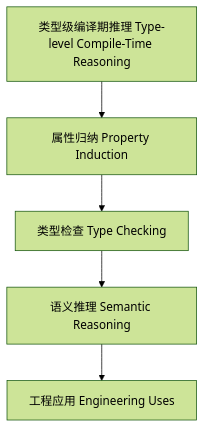
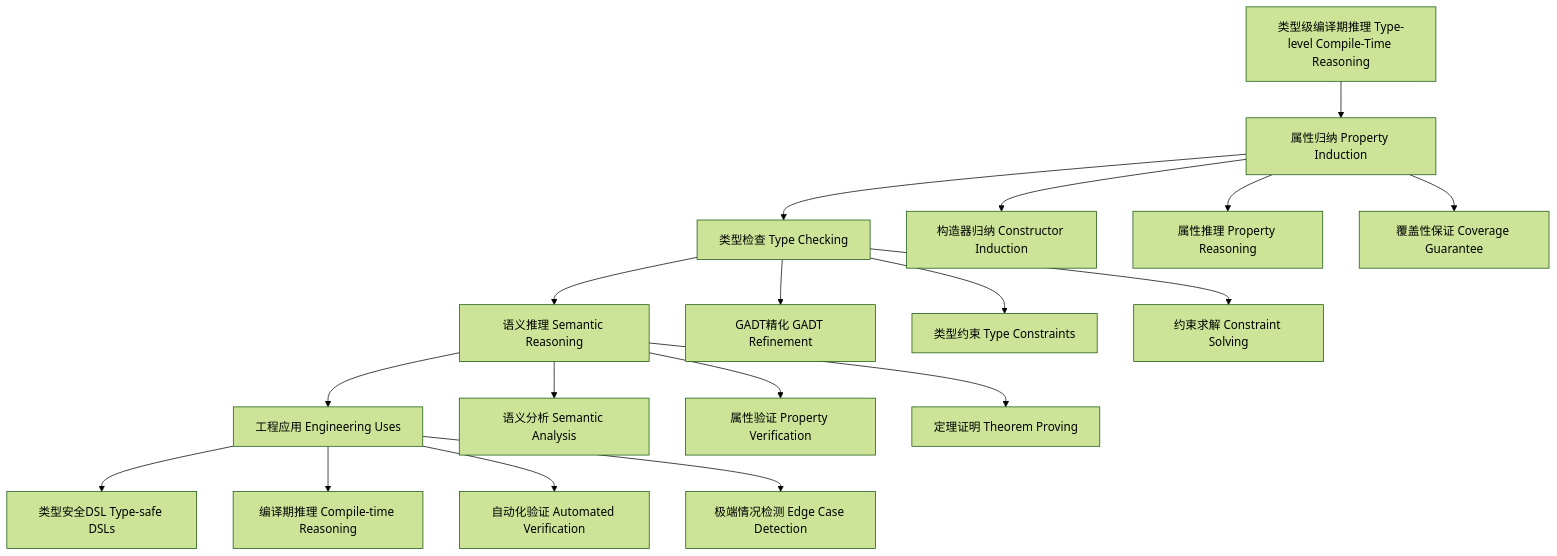
The diagram in docs/analysis/Type-Level/01-Compile-Time-Reasoning.md (AdaMartin18010/haskell), drawn with Mermaid (forest theme) before and after one commit. The commit also changed other lines of this file and 12 other files, not shown here.

````diff
--- a/docs/analysis/Type-Level/01-Compile-Time-Reasoning.md
+++ b/docs/analysis/Type-Level/01-Compile-Time-Reasoning.md
@@ -53,7 +451,24 @@
 ```mermaid
 graph TD
   A["类型级编译期推理 Type-level Compile-Time Reasoning"] --> B["属性归纳 Property Induction"]
   B --> C["类型检查 Type Checking"]
   C --> D["语义推理 Semantic Reasoning"]
   D --> E["工程应用 Engineering Uses"]
+  
+  B --> B1["构造器归纳 Constructor Induction"]
+  B --> B2["属性推理 Property Reasoning"]
+  B --> B3["覆盖性保证 Coverage Guarantee"]
+  
+  C --> C1["GADT精化 GADT Refinement"]
+  C --> C2["类型约束 Type Constraints"]
+  C --> C3["约束求解 Constraint Solving"]
+  
+  D --> D1["语义分析 Semantic Analysis"]
+  D --> D2["属性验证 Property Verification"]
+  D --> D3["定理证明 Theorem Proving"]
+  
+  E --> E1["类型安全DSL Type-safe DSLs"]
+  E --> E2["编译期推理 Compile-time Reasoning"]
+  E --> E3["自动化验证 Automated Verification"]
+  E --> E4["极端情况检测 Edge Case Detection"]
 ```
````
